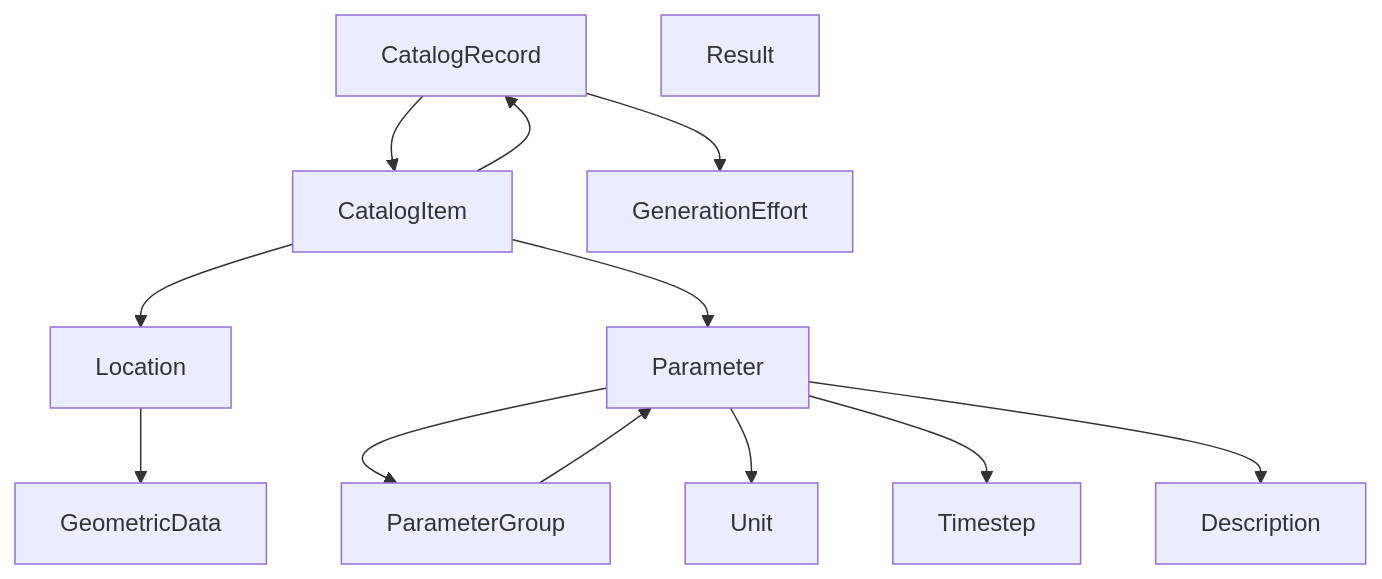
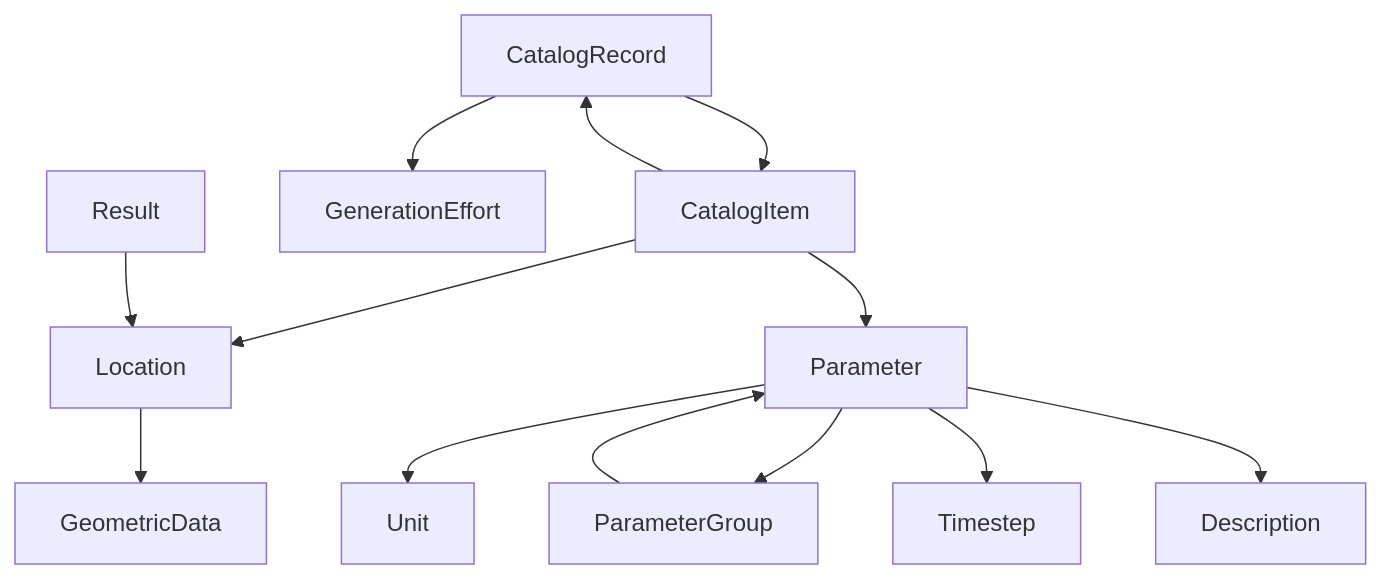
Before and after one commit to C-Loftus/pygeoapi: the diagram in notes/rise_api.md, drawn with Mermaid. The commit also changed other lines of this file, not shown here.

Commit message:
better result link

````diff
--- a/notes/rise_api.md
+++ b/notes/rise_api.md
@@ -14,17 +15,17 @@
 ```mermaid
 graph TD;
     CatalogRecord --> CatalogItem;
     CatalogItem --> Location;
     CatalogItem --> Parameter;
     Parameter --> ParameterGroup;
     Parameter --> Unit;
     Parameter --> Timestep;
     Parameter --> Description;
     ParameterGroup --> Parameter;
     CatalogItem --> CatalogRecord;
     CatalogRecord --> GenerationEffort;
     Location --> GeometricData;
     GenerationEffort;
-    Result;
+    Result --> Location;
 
 ```
````
